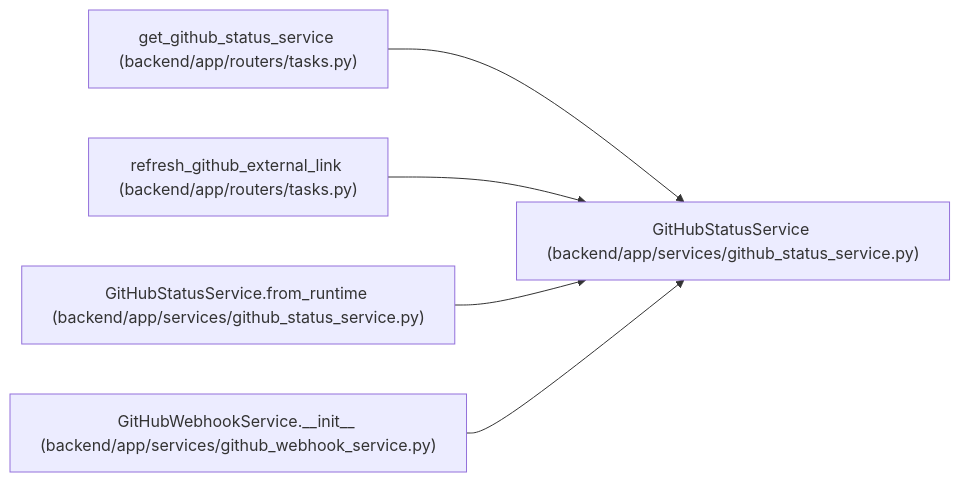
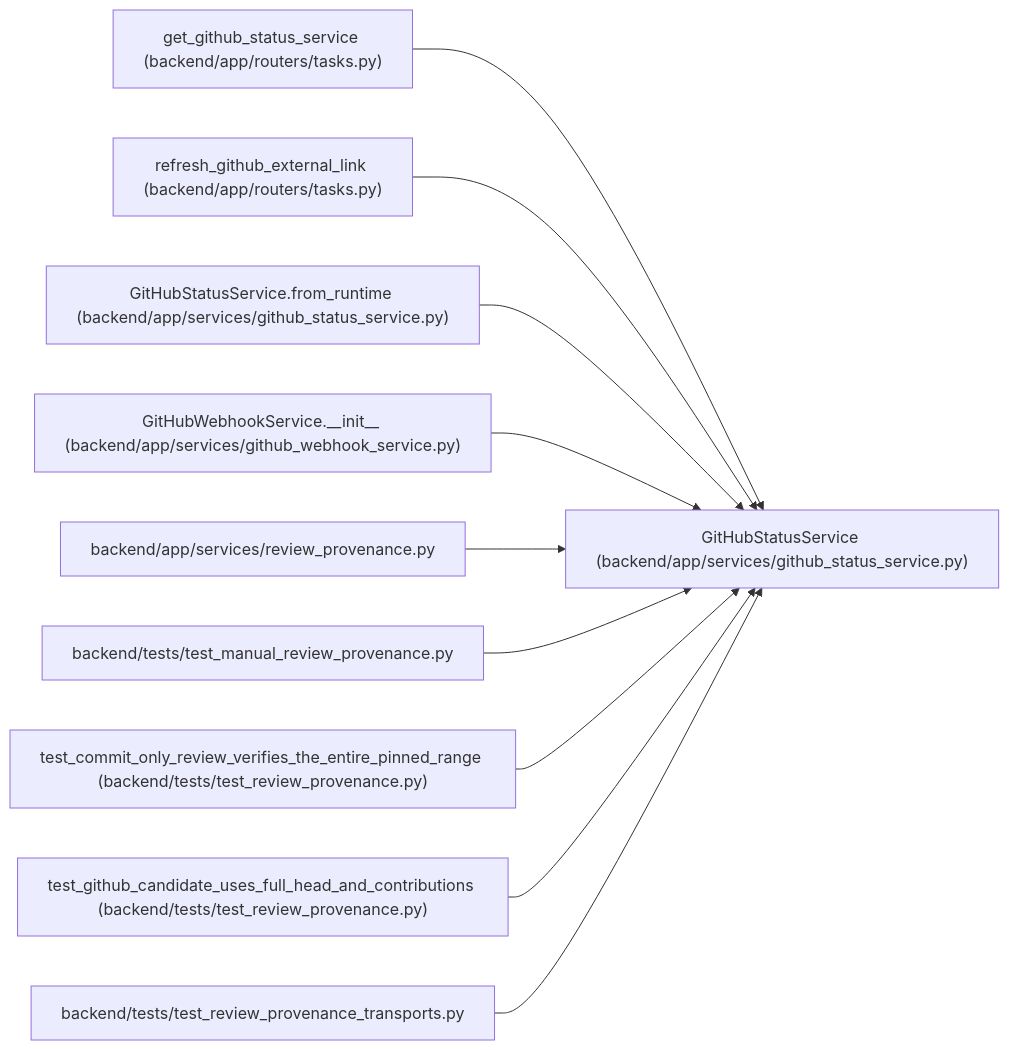
Before and after one commit to Denissvgn/WorkChord: the diagram in docs/llm_wiki/entities/GitHubStatusService.md, drawn with Mermaid. The commit also changed other lines of this file and 2373 other files, not shown here.

````diff
--- a/docs/llm_wiki/entities/GitHubStatusService.md
+++ b/docs/llm_wiki/entities/GitHubStatusService.md
@@ -35,17 +40,32 @@
 ```mermaid
 flowchart LR
     n0["GitHubStatusService (backend/app/services/github_status_service.py)"]
     n1["get_github_status_service (backend/app/routers/tasks.py)"]
     n2["refresh_github_external_link (backend/app/routers/tasks.py)"]
     n3["GitHubStatusService.from_runtime (backend/app/services/github_status_service.py)"]
     n4["GitHubWebhookService.__init__ (backend/app/services/github_webhook_service.py)"]
+    n5["backend/app/services/review_provenance.py"]
+    n6["backend/tests/test_manual_review_provenance.py"]
+    n7["test_commit_only_review_verifies_the_entire_pinned_range (backend/tests/test_review_provenance.py)"]
+    n8["test_github_candidate_uses_full_head_and_contributions (backend/tests/test_review_provenance.py)"]
+    n9["backend/tests/test_review_provenance_transports.py"]
     n1 --> n0
     n2 --> n0
     n3 --> n0
     n4 --> n0
+    n5 --> n0
+    n6 --> n0
+    n7 --> n0
+    n8 --> n0
+    n9 --> n0
     click n0 "../modules/github_status_service.md"
     click n1 "../modules/tasks.md"
     click n2 "../modules/tasks.md"
     click n3 "../modules/github_status_service.md"
     click n4 "../modules/github_webhook_service.md"
+    click n5 "../modules/review_provenance.md"
+    click n6 "../modules/test_manual_review_provenance.md"
+    click n7 "../modules/test_review_provenance.md"
+    click n8 "../modules/test_review_provenance.md"
+    click n9 "../modules/test_review_provenance_transports.md"
 ```
````
